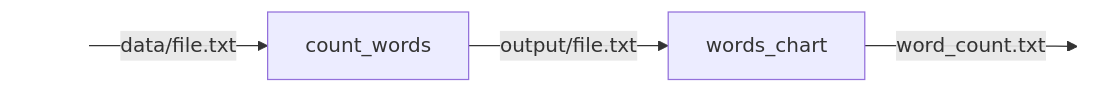
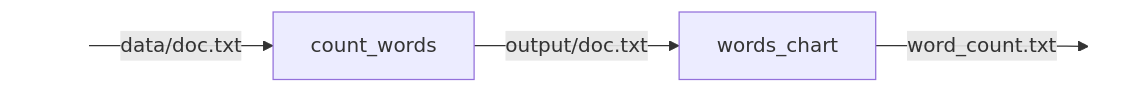
The second of 3 diagrams in modules/workflow-managers.md (OxfordRSE/softeng-daycourse), drawn with Mermaid before and after one commit. The commit also changed other lines of this file and 2 other files, not shown here.

````diff
--- a/modules/workflow-managers.md
+++ b/modules/workflow-managers.md
@@ -108,8 +164,8 @@
 ```mermaid
 graph LR
-    A[ ]:::hidden --"data/file.txt"--> B[count_words]
-    B --"output/file.txt"--> C[words_chart]
+    A[ ]:::hidden --"data/doc.txt"--> B[count_words]
+    B --"output/doc.txt"--> C[words_chart]
     C --"word_count.txt"--> D([ ]):::hidden
     style A stroke-dasharray: 5 5, fill-opacity:0, stroke-opacity:0;
     style D stroke-dasharray: 5 5, fill-opacity:0, stroke-opacity:0;
 ```
````
